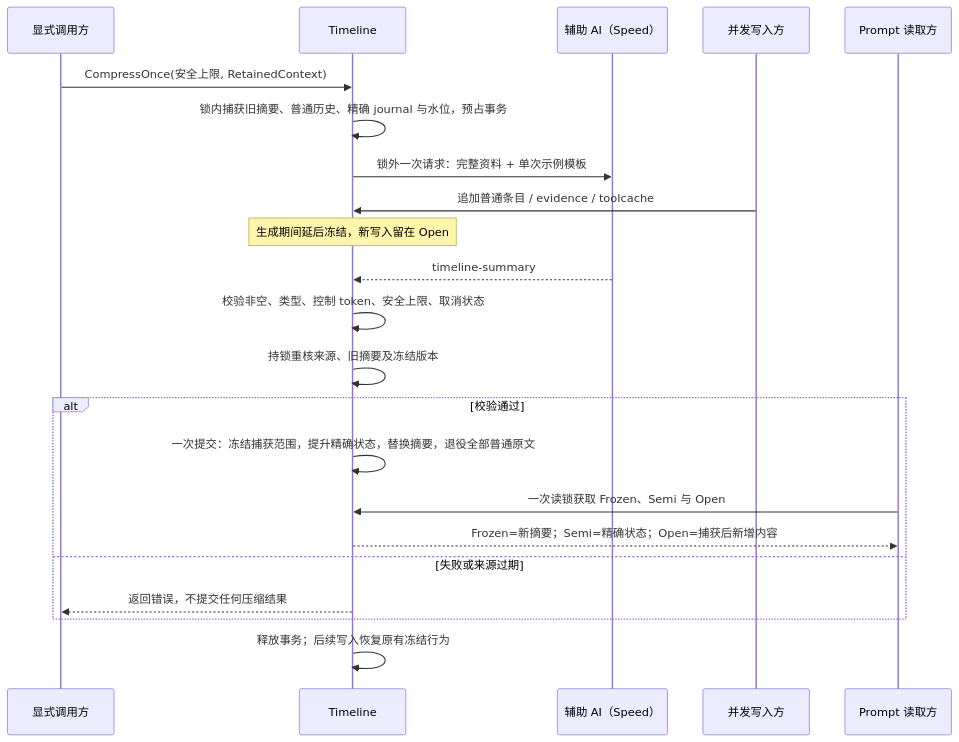
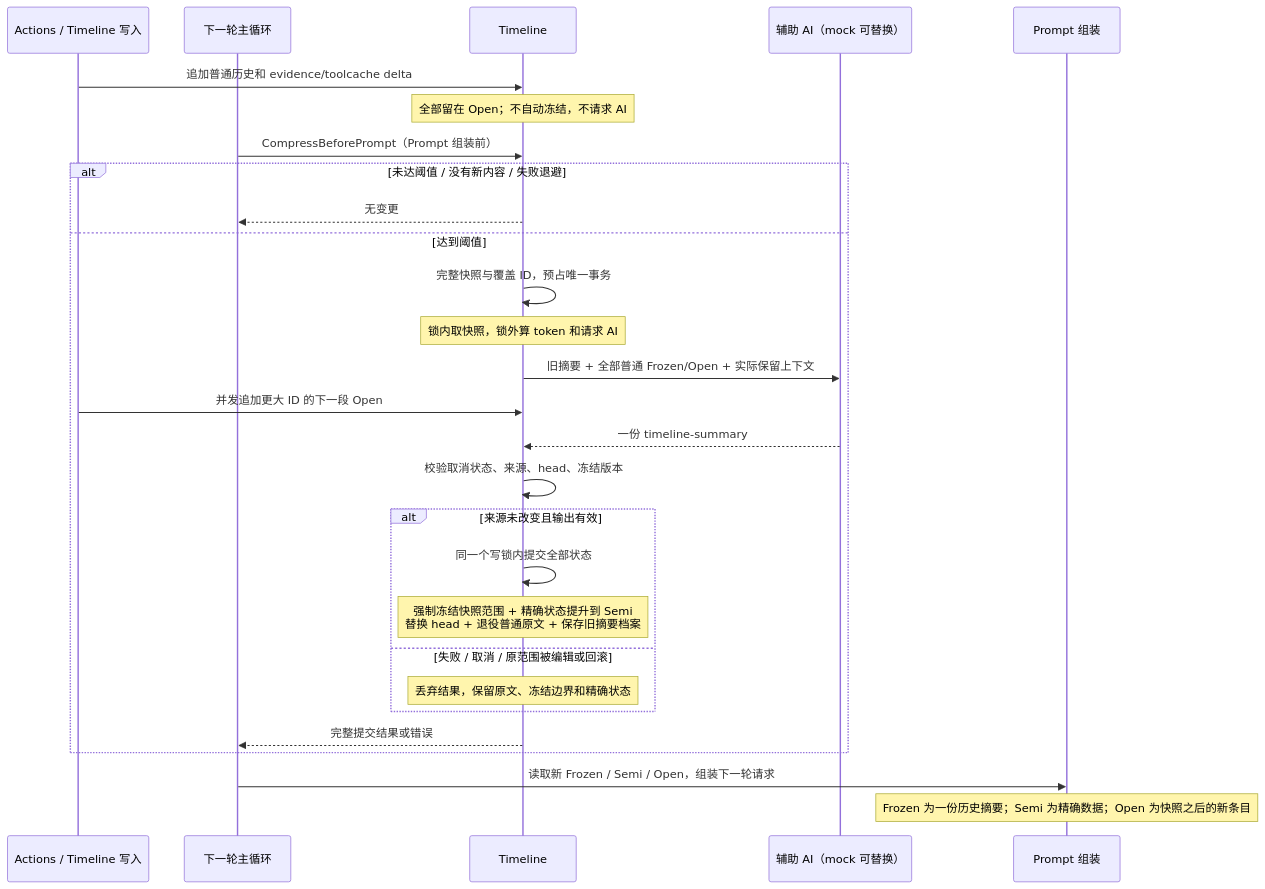
The diagram in common/ai/aid/aicommon/timeline_compression.md (yaklang/yaklang), drawn with Mermaid before and after one commit. The commit also changed other lines of this file and 75 other files, not shown here.

````diff
--- a/common/ai/aid/aicommon/timeline_compression.md
+++ b/common/ai/aid/aicommon/timeline_compression.md
@@ -73,24 +11,30 @@
 ```mermaid
 sequenceDiagram
-    participant Caller as 显式调用方
-    participant TL as Timeline
-    participant AI as 辅助 AI（Speed）
-    participant Writer as 并发写入方
-    participant Prompt as Prompt 读取方
-    Caller->>TL: CompressOnce(安全上限, RetainedContext)
-    TL->>TL: 锁内捕获旧摘要、普通历史、精确 journal 与水位，预占事务
-    TL->>AI: 锁外一次请求：完整资料 + 单次示例模板
-    Writer->>TL: 追加普通条目 / evidence / toolcache
-    Note over TL: 生成期间延后冻结，新写入留在 Open
-    AI-->>TL: timeline-summary
-    TL->>TL: 校验非空、类型、控制 token、安全上限、取消状态
-    TL->>TL: 持锁重核来源、旧摘要及冻结版本
-    alt 校验通过
-        TL->>TL: 一次提交：冻结捕获范围，提升精确状态，替换摘要，退役全部普通原文
-        Prompt->>TL: 一次读锁获取 Frozen、Semi 与 Open
-        TL-->>Prompt: Frozen=新摘要；Semi=精确状态；Open=捕获后新增内容
-    else 失败或来源过期
-        TL-->>Caller: 返回错误，不提交任何压缩结果
+    participant W as Actions / Timeline 写入
+    participant L as 下一轮主循环
+    participant T as Timeline
+    participant A as 辅助 AI（mock 可替换）
+    participant P as Prompt 组装
+    W->>T: 追加普通历史和 evidence/toolcache delta
+    Note over T: 全部留在 Open；不自动冻结，不请求 AI
+    L->>T: CompressBeforePrompt（Prompt 组装前）
+    alt 未达阈值 / 没有新内容 / 失败退避
+        T-->>L: 无变更
+    else 达到阈值
+        T->>T: 完整快照与覆盖 ID，预占唯一事务
+        Note over T: 锁内取快照，锁外算 token 和请求 AI
+        T->>A: 旧摘要 + 全部普通 Frozen/Open + 实际保留上下文
+        W->>T: 并发追加更大 ID 的下一段 Open
+        A-->>T: 一份 timeline-summary
+        T->>T: 校验取消状态、来源、head、冻结版本
+        alt 来源未改变且输出有效
+            T->>T: 同一个写锁内提交全部状态
+            Note over T: 强制冻结快照范围 + 精确状态提升到 Semi<br/>替换 head + 退役普通原文 + 保存旧摘要档案
+        else 失败 / 取消 / 原范围被编辑或回滚
+            Note over T: 丢弃结果，保留原文、冻结边界和精确状态
+        end
+        T-->>L: 完整提交结果或错误
     end
-    TL->>TL: 释放事务；后续写入恢复原有冻结行为
+    L->>P: 读取新 Frozen / Semi / Open，组装下一轮请求
+    Note over P: Frozen 为一份历史摘要；Semi 为精确数据；Open 为快照之后的新条目
 ```
````
